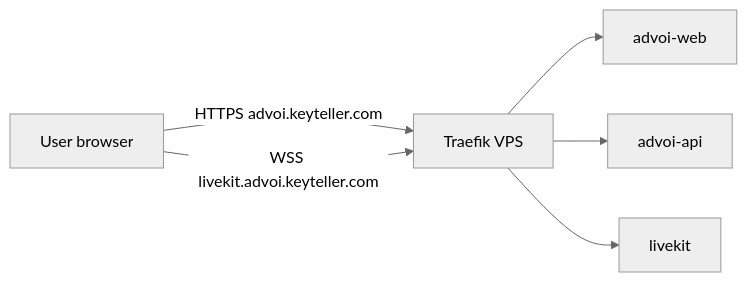
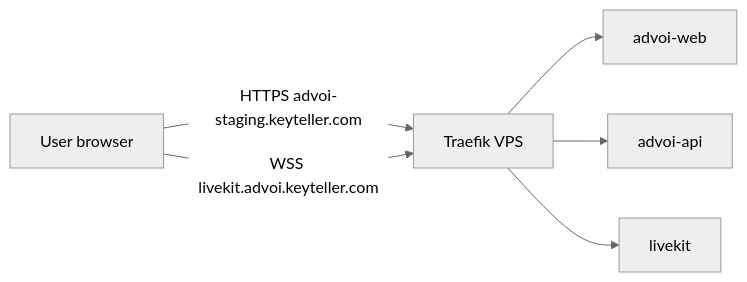
The diagram in docs/architecture/05-deployment-topology.md (ActArtech/advoi-system), drawn with Mermaid (neutral theme) before and after one commit. The commit also changed other lines of this file and 3 other files, not shown here.

First line of the commit message:
docs: document three-tier www staging flow (not /opt-only)

````diff
--- a/docs/architecture/05-deployment-topology.md
+++ b/docs/architecture/05-deployment-topology.md
@@ -32,14 +35,14 @@
 ```mermaid
 flowchart LR
   User[User browser]
   TR[Traefik VPS]
   WEB[advoi-web]
   API[advoi-api]
   LK[livekit]
 
-  User -->|HTTPS advoi.keyteller.com| TR
+  User -->|HTTPS advoi-staging.keyteller.com| TR
   TR --> WEB
   TR --> API
   User -->|WSS livekit.advoi.keyteller.com| TR
   TR --> LK
 ```
````
